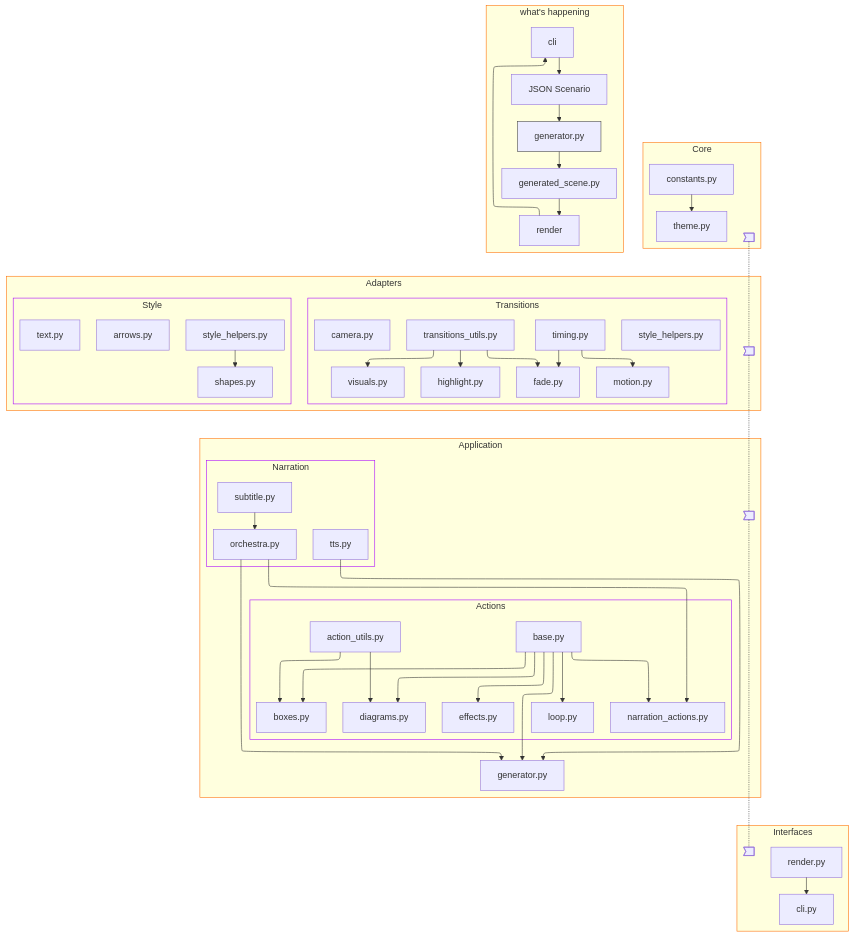
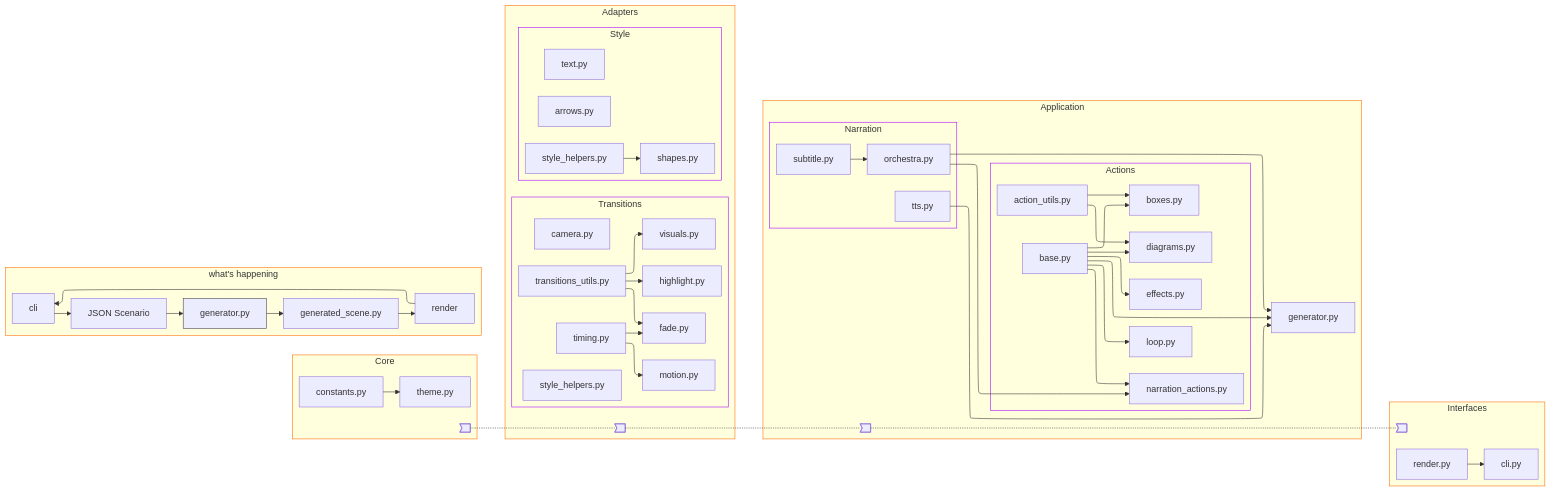
Before and after one commit to cosmicdeveloper-lab/CosmicAnimator: the diagram in README.md, drawn with Mermaid.

Commit message:
chore: update mermaid diagram

```diff
--- a/README.md
+++ b/README.md
@@ -28,7 +28,7 @@
     "handDrawnFamily": "handDrawn"
   }
 }}%%
-flowchart TB
+flowchart LR
  subgraph Core["Core"]
         C0["constants.py"]
         T0["theme.py"]
```
